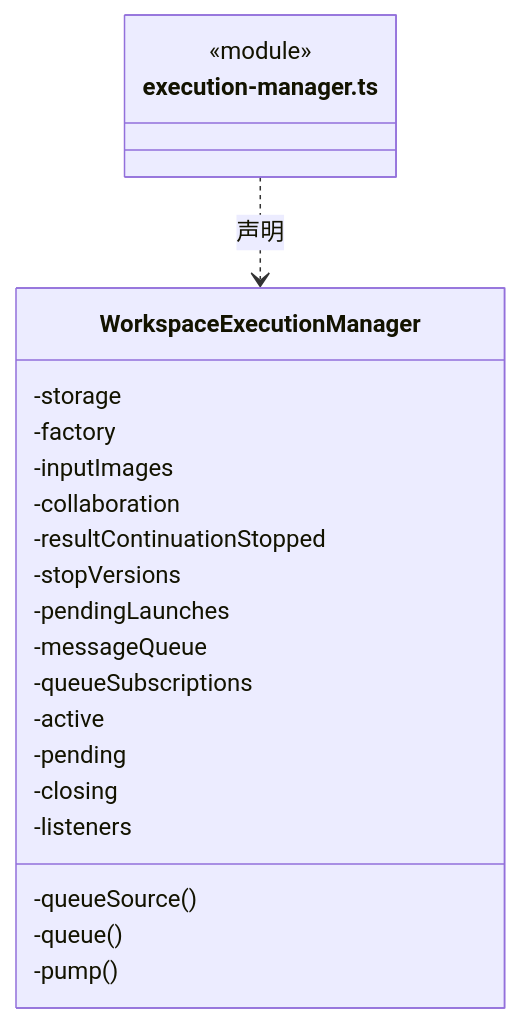
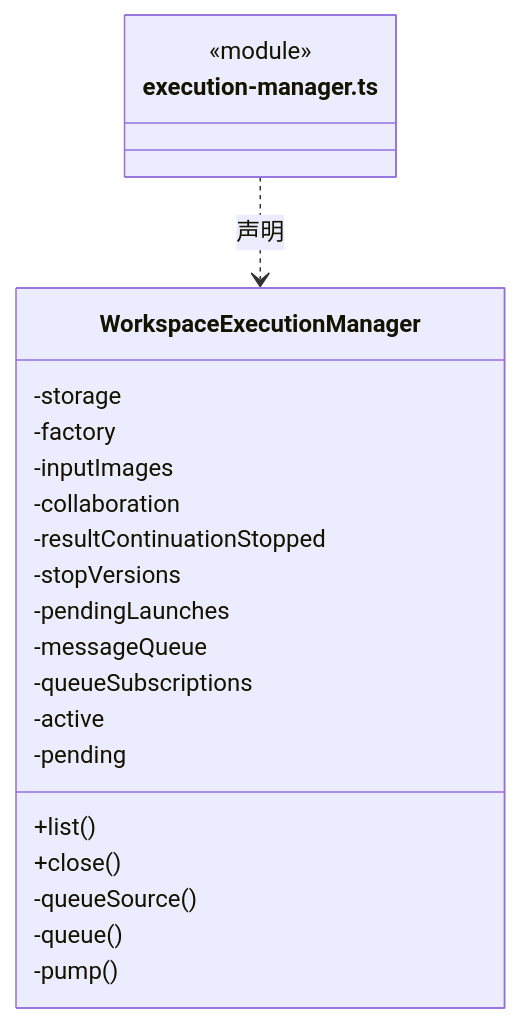
The ninth of 36 diagrams in src/backend/scheduler-engine/execution/ARCHITECTURE.md (nan023062/cbim), drawn with Mermaid before and after one commit. The commit also changed other lines of this file and 65 other files, not shown here.

````diff
--- a/src/backend/scheduler-engine/execution/ARCHITECTURE.md
+++ b/src/backend/scheduler-engine/execution/ARCHITECTURE.md
@@ -277,25 +299,25 @@
 ```mermaid
 classDiagram
 class N_src_backend_scheduler_engine_execution_execution_manager_ts["execution-manager.ts"] {
   <<module>>
 }
 class N_src_backend_scheduler_engine_execution_execution_manager_ts_WorkspaceExecutionManager["WorkspaceExecutionManager"] {
+  +list()
+  +close()
   -storage
   -factory
   -inputImages
   -collaboration
   -resultContinuationStopped
   -stopVersions
   -pendingLaunches
   -messageQueue
   -queueSubscriptions
   -queueSource()
   -queue()
   -pump()
   -active
   -pending
-  -closing
-  -listeners
 }
 N_src_backend_scheduler_engine_execution_execution_manager_ts ..> N_src_backend_scheduler_engine_execution_execution_manager_ts_WorkspaceExecutionManager : 声明
 ```
````
